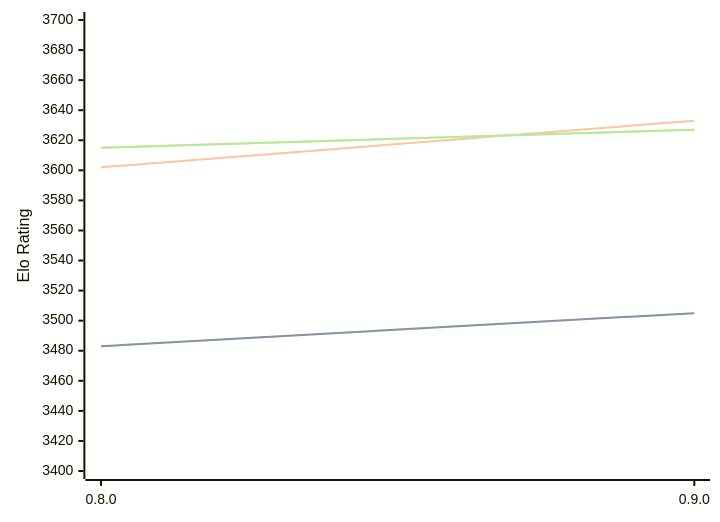
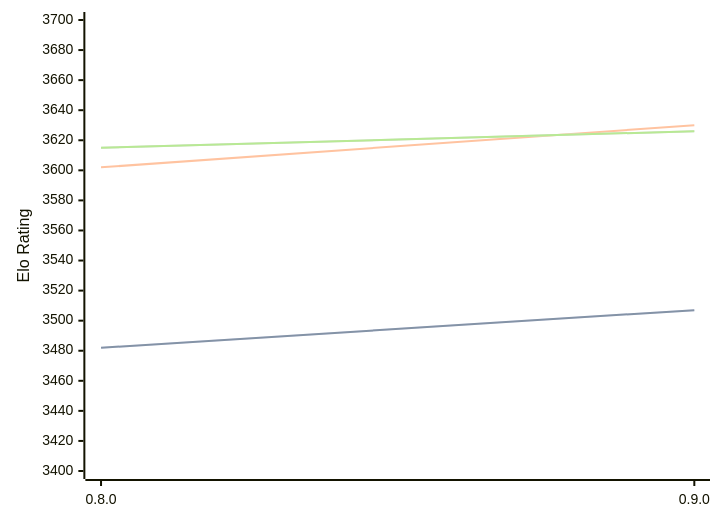
Before and after one commit to computer-chess-index/cci: the diagram in engines/Reckless.md, drawn with Mermaid. The commit also changed other lines of this file, not shown here.

Commit message:
Update CCI Ratings (ELO VLTC) - 2026-03-04

````diff
--- a/engines/Reckless.md
+++ b/engines/Reckless.md
@@ -37,11 +37,11 @@
 ```mermaid
 %%{init: {"theme":"base","themeVariables":{"seriesColors:['#a3a3a3','#222221','#faa371']}}}%%
 xychart-beta
   x-axis ["0.8.0", "0.9.0"]
   y-axis "Elo Rating" 3400 --> 3700
-  line "STC (8.0+0.08s)" [3483, 3505]
-  line "STC (8.0+0.08s)" [3483, 3505]
-  line "LTC (60.0+0.60s)" [3602, 3633]
-  line "VLTC (2m24s+1.12s)" [3615, 3627]
-  line "VLTC (2m24s+1.12s)" [3615, 3627]
+  line "STC (8.0+0.08s)" [3482, 3507]
+  line "STC (8.0+0.08s)" [3482, 3507]
+  line "LTC (60.0+0.60s)" [3602, 3630]
+  line "VLTC (2m24s+1.12s)" [3615, 3626]
+  line "VLTC (2m24s+1.12s)" [3615, 3626]
 ```
````
